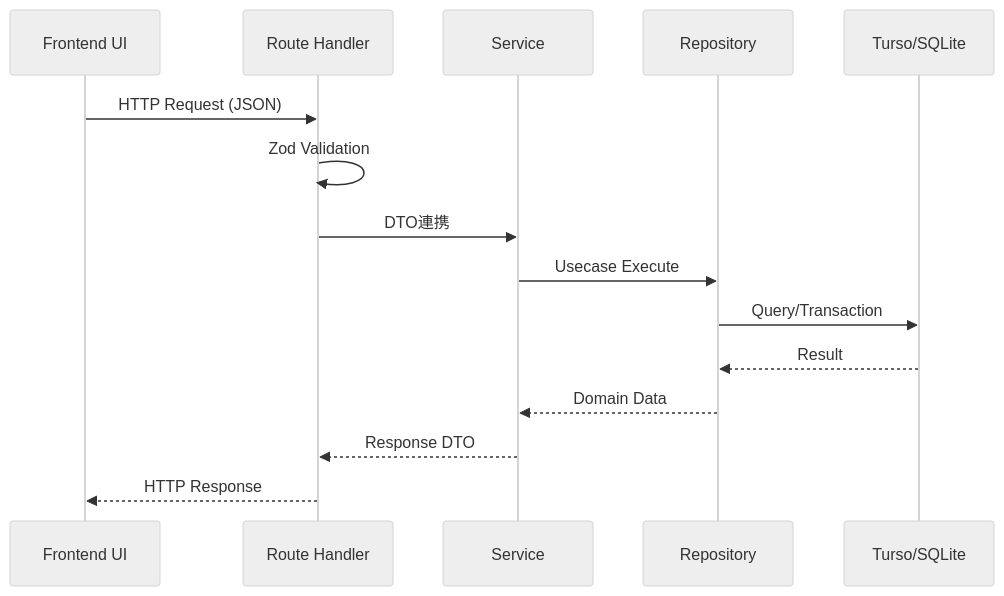
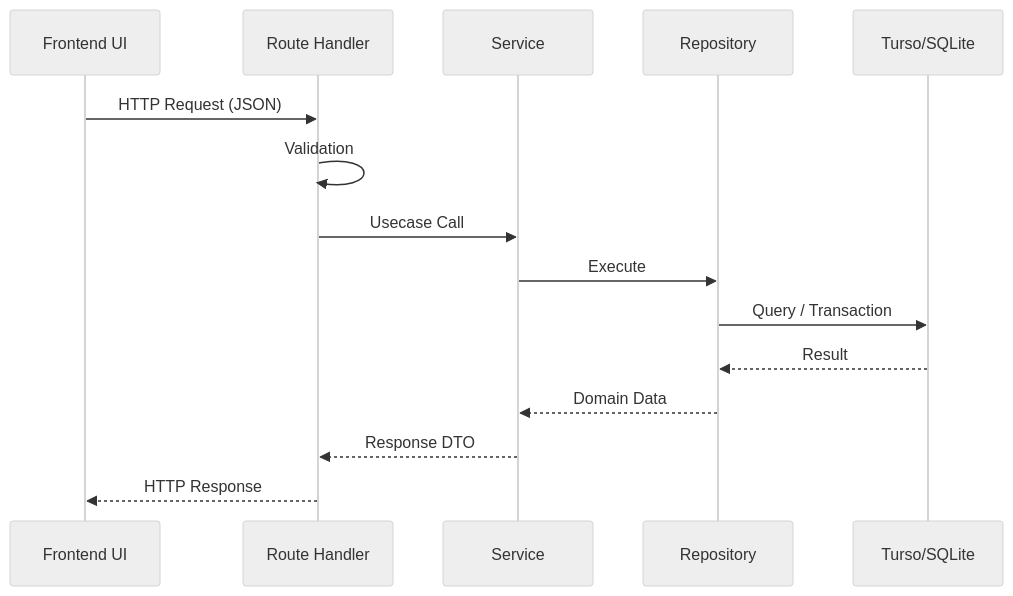
One commit to yjn279/brewia changed the diagram in docs/API仕様書.md. Above: the diagram before and after it, drawn with Mermaid (neutral theme). The commit also changed other lines of this file and 2 other files, not shown here.

````diff
--- a/docs/API仕様書.md
+++ b/docs/API仕様書.md
@@ -27,18 +24,18 @@
 ```mermaid
 sequenceDiagram
     participant UI as Frontend UI
     participant API as Route Handler
     participant SVC as Service
     participant REP as Repository
     participant DB as Turso/SQLite
 
     UI->>API: HTTP Request (JSON)
-    API->>API: Zod Validation
-    API->>SVC: DTO連携
-    SVC->>REP: Usecase Execute
-    REP->>DB: Query/Transaction
+    API->>API: Validation
+    API->>SVC: Usecase Call
+    SVC->>REP: Execute
+    REP->>DB: Query / Transaction
     DB-->>REP: Result
     REP-->>SVC: Domain Data
     SVC-->>API: Response DTO
     API-->>UI: HTTP Response
 ```
````
